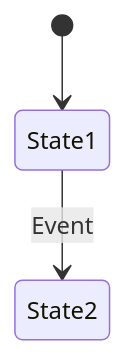
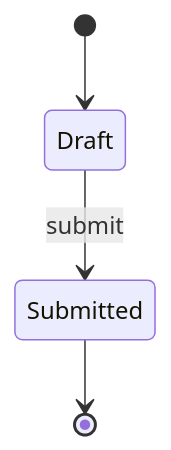
One commit to moniav/sk changed the third of 3 diagrams in pkg/docs/templates/flow-diagram.md. Above: the diagram before and after it, drawn with Mermaid. The commit also changed other lines of this file and 38 other files, not shown here.

````diff
--- a/pkg/docs/templates/flow-diagram.md
+++ b/pkg/docs/templates/flow-diagram.md
@@ -43,5 +39,6 @@
 ```mermaid
 stateDiagram-v2
-    [*] --> State1
-    State1 --> State2: Event
+    [*] --> Draft
+    Draft --> Submitted: submit
+    Submitted --> [*]
 ```
````
